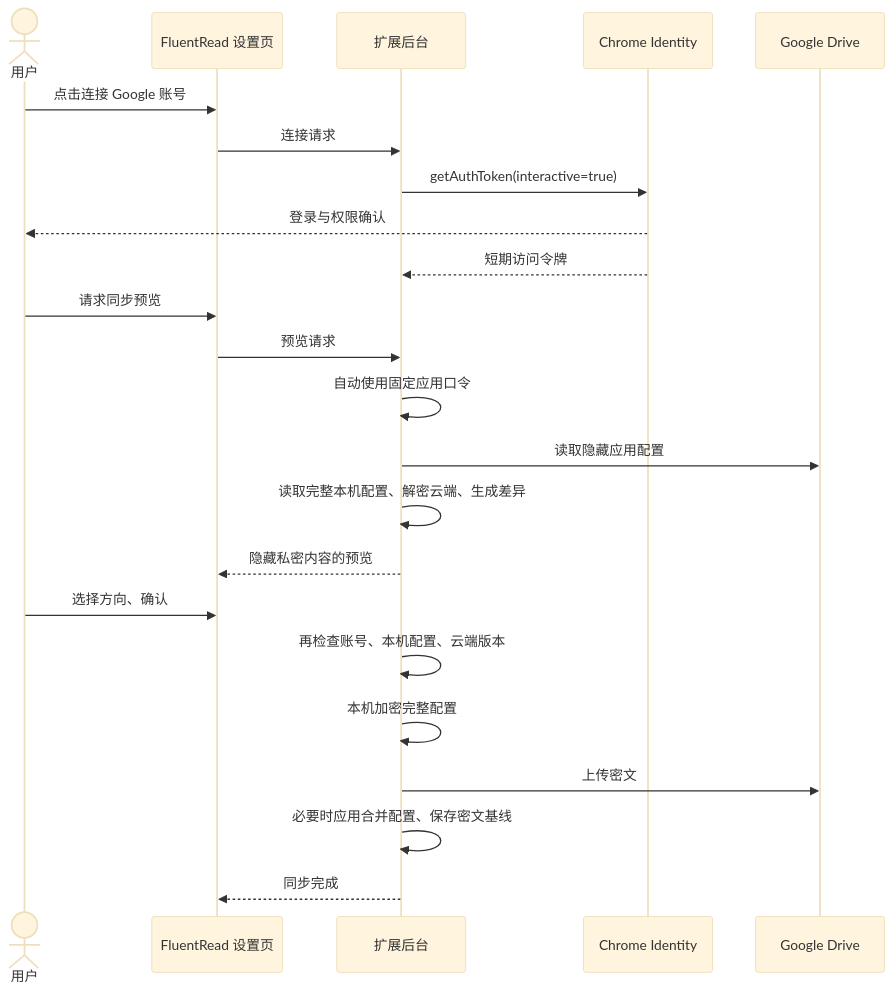
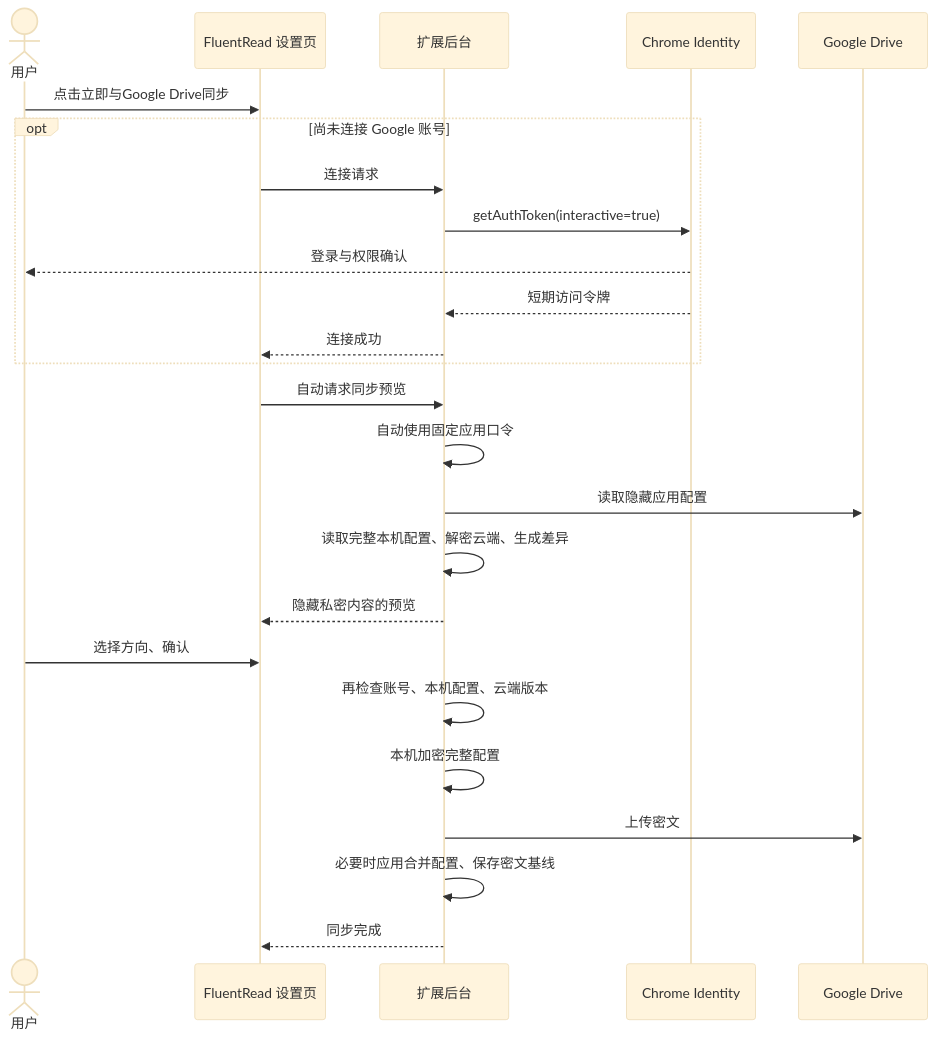
Before and after one commit to ArietidsZ/FluentRead: the first of 4 diagrams in docs/maintainers/google-drive-sync-guide.md, drawn with Mermaid (base theme). The commit also changed other lines of this file and 9 other files, not shown here.

````diff
--- a/docs/maintainers/google-drive-sync-guide.md
+++ b/docs/maintainers/google-drive-sync-guide.md
@@ -39,25 +39,27 @@
 ```mermaid
 sequenceDiagram
     actor U as 用户
     participant S as FluentRead 设置页
     participant B as 扩展后台
     participant C as Chrome Identity
     participant G as Google Drive
-    U->>S: 点击连接 Google 账号
-    S->>B: 连接请求
-    B->>C: getAuthToken(interactive=true)
-    C-->>U: 登录与权限确认
-    C-->>B: 短期访问令牌
-    U->>S: 请求同步预览
-    S->>B: 预览请求
+    U->>S: 点击立即与Google Drive同步
+    opt 尚未连接 Google 账号
+        S->>B: 连接请求
+        B->>C: getAuthToken(interactive=true)
+        C-->>U: 登录与权限确认
+        C-->>B: 短期访问令牌
+        B-->>S: 连接成功
+    end
+    S->>B: 自动请求同步预览
     B->>B: 自动使用固定应用口令
     B->>G: 读取隐藏应用配置
     B->>B: 读取完整本机配置、解密云端、生成差异
     B-->>S: 隐藏私密内容的预览
     U->>S: 选择方向、确认
     B->>B: 再检查账号、本机配置、云端版本
     B->>B: 本机加密完整配置
     B->>G: 上传密文
     B->>B: 必要时应用合并配置、保存密文基线
     B-->>S: 同步完成
 ```
````
